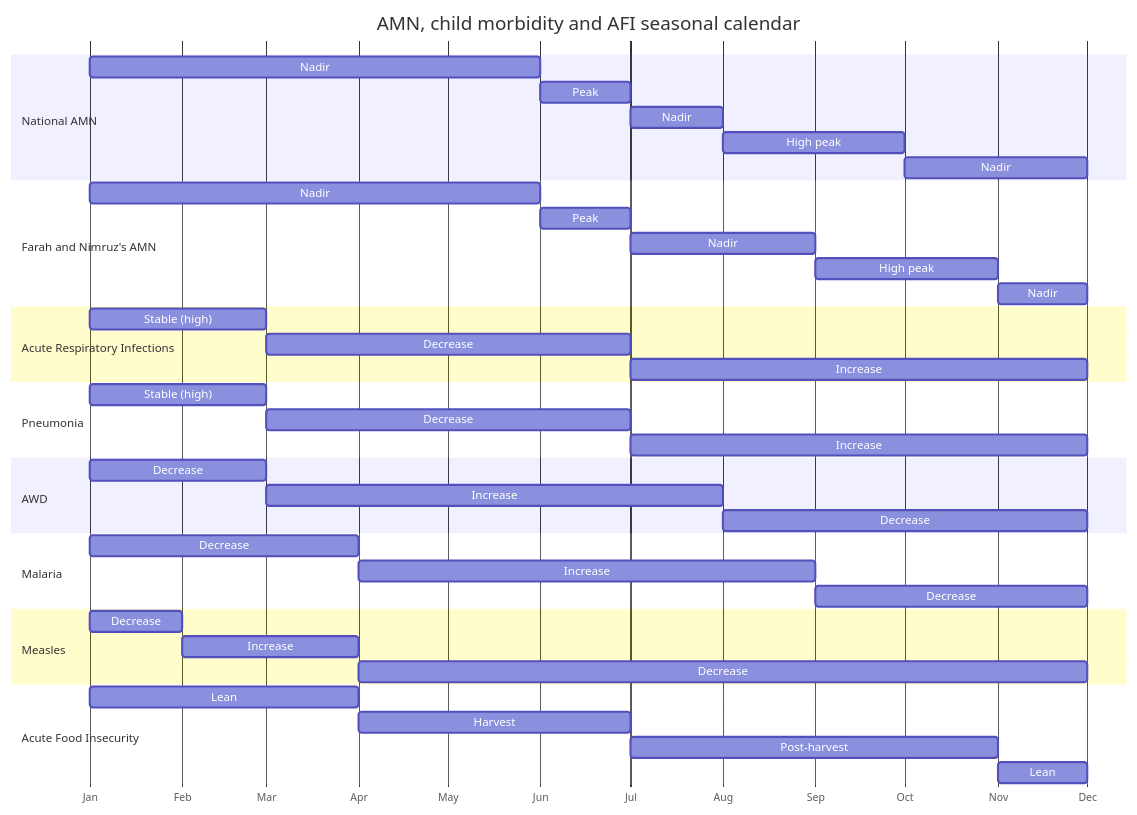
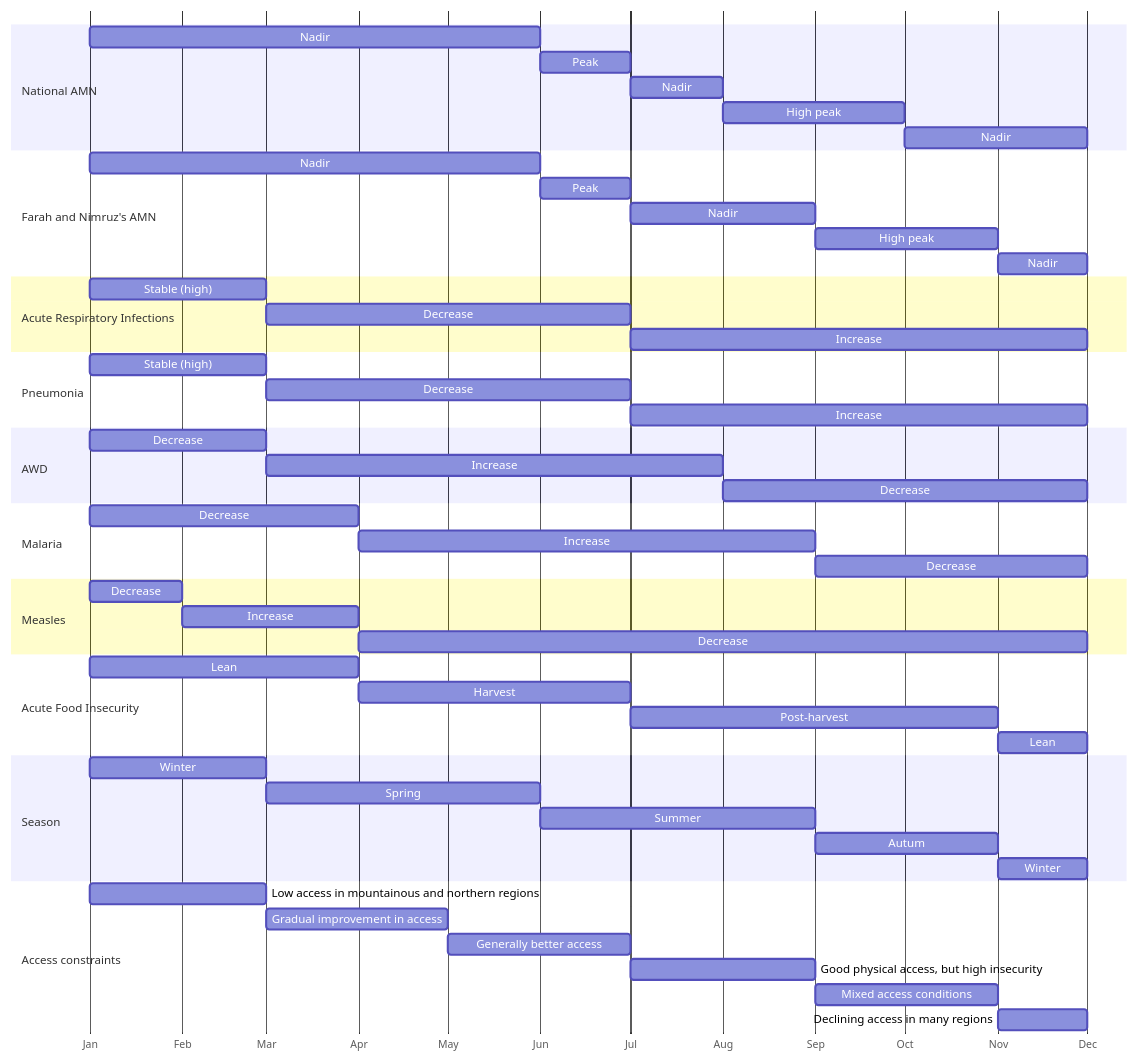
Before and after one commit to nutimes/afg-amn-admit: the third of 3 diagrams in slides-revealjs.qmd, drawn with Mermaid. The commit also changed other lines of this file, not shown here.

Commit message:
add nutrition cluster's explanation about why the rise in admissions as of the 3rd quarter of 2021

````diff
--- a/slides-revealjs.qmd
+++ b/slides-revealjs.qmd
@@ -280,58 +282,72 @@
 ```{mermaid}
 %%| label: amn-factors-seasonal-calendar
 %%| fig-cap-location: bottom
 %%| fig-height: 7
 %%| fig-width: 14
 
 gantt
-    title  AMN, child morbidity and AFI seasonal calendar
     dateFormat M
     axisFormat %b
     todayMarker off
 
     section National AMN
     Nadir :1, 6
     Peak : 6, 7
     Nadir: 7, 8
     High peak :8, 10
     Nadir :10, 12
 
     section Farah and Nimruz's AMN
     Nadir :1, 6
     Peak : 6, 7
     Nadir: 7, 9
     High peak :9, 11
     Nadir :11, 12
 
     section Acute Respiratory Infections
     Stable (high) :1, 3
     Decrease : 3, 7
     Increase: 7, 12
 
     section Pneumonia
     Stable (high) :1, 3
     Decrease : 3, 7
     Increase: 7, 12
 
     section AWD
     Decrease : 1, 3
     Increase : 3, 8
     Decrease : 8, 12
 
     section Malaria
     Decrease : 1, 4
     Increase : 4, 9
     Decrease : 9, 12
 
     section Measles
     Decrease : 1, 2
     Increase : 2, 4
     Decrease : 4, 12
 
     section Acute Food Insecurity
     Lean : 1, 4
     Harvest : 4, 7
     Post-harvest : 7, 11
     Lean: 11, 12
 
+    section Season
+    Winter : 1, 3
+    Spring: 3, 6
+    Summer: 6, 9
+    Autum: 9, 11
+    Winter: 11, 12
+
+    section Access constraints
+    Low access in mountainous and northern regions: 1, 3
+    Gradual improvement in access : 3, 5
+    Generally better access: 5, 7
+    Good physical access, but high insecurity: 7, 9
+    Mixed access conditions: 9, 11
+    Declining access in many regions: 11, 12
+
 ```
````
